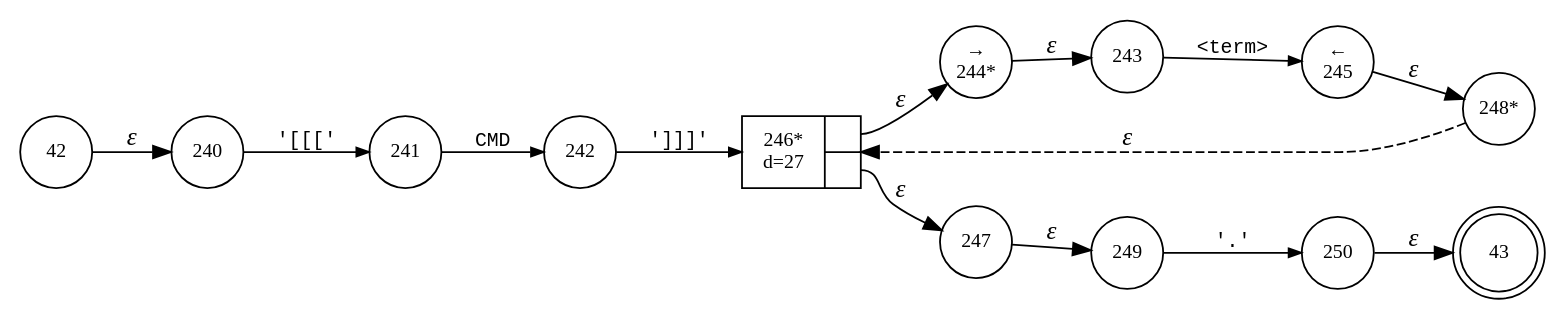
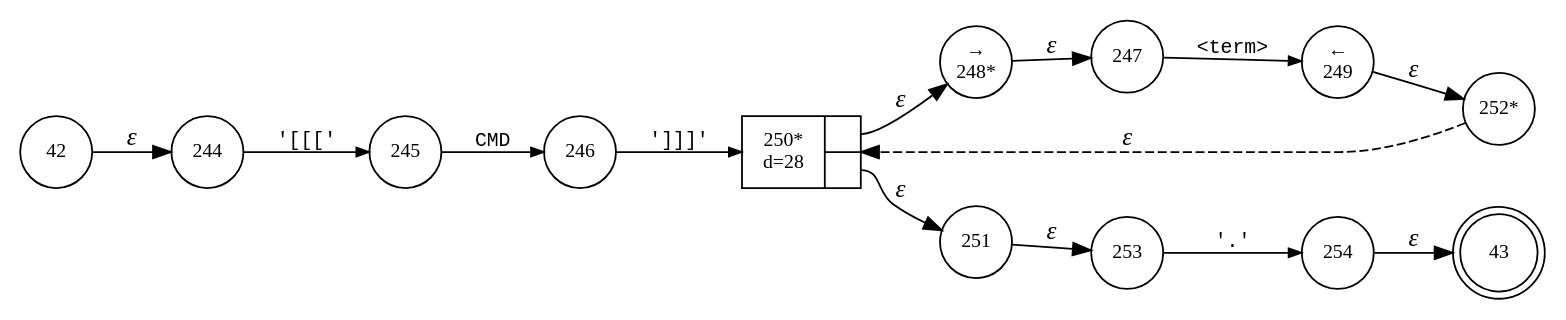
Before and after one commit to vulogov/Bund2: the diagram in internal/parser/Bund.generator_term.dot, drawn with Graphviz. The commit also changed 38 other files, not shown here.

```diff
--- a/internal/parser/Bund.generator_term.dot
+++ b/internal/parser/Bund.generator_term.dot
@@ -1,29 +1,29 @@
 digraph ATN {
 rankdir=LR;
 s43[fontsize=11, label="43", shape=doublecircle, fixedsize=true, width=.6];
 s42[fontsize=11,label="42", shape=circle, fixedsize=true, width=.55, peripheries=1];
-s240[fontsize=11,label="240", shape=circle, fixedsize=true, width=.55, peripheries=1];
-s241[fontsize=11,label="241", shape=circle, fixedsize=true, width=.55, peripheries=1];
-s242[fontsize=11,label="242", shape=circle, fixedsize=true, width=.55, peripheries=1];
-s243[fontsize=11,label="243", shape=circle, fixedsize=true, width=.55, peripheries=1];
-s244[fontsize=11,label="&rarr;\n244*", shape=circle, fixedsize=true, width=.55, peripheries=1];
-s245[fontsize=11,label="&larr;\n245", shape=circle, fixedsize=true, width=.55, peripheries=1];
-s246[fontsize=11,label="{246*\nd=27|{<p0>|<p1>}}", shape=record, fixedsize=false, peripheries=1];
+s244[fontsize=11,label="244", shape=circle, fixedsize=true, width=.55, peripheries=1];
+s245[fontsize=11,label="245", shape=circle, fixedsize=true, width=.55, peripheries=1];
+s246[fontsize=11,label="246", shape=circle, fixedsize=true, width=.55, peripheries=1];
 s247[fontsize=11,label="247", shape=circle, fixedsize=true, width=.55, peripheries=1];
-s248[fontsize=11,label="248*", shape=circle, fixedsize=true, width=.55, peripheries=1];
-s249[fontsize=11,label="249", shape=circle, fixedsize=true, width=.55, peripheries=1];
-s250[fontsize=11,label="250", shape=circle, fixedsize=true, width=.55, peripheries=1];
-s42 -> s240 [fontname="Times-Italic", label="&epsilon;"];
-s240 -> s241 [fontsize=11, fontname="Courier", arrowsize=.7, label = "'[[['", arrowhead = normal];
-s241 -> s242 [fontsize=11, fontname="Courier", arrowsize=.7, label = "CMD", arrowhead = normal];
-s242 -> s246 [fontsize=11, fontname="Courier", arrowsize=.7, label = "']]]'", arrowhead = normal];
-s246:p0 -> s244 [fontname="Times-Italic", label="&epsilon;"];
-s246:p1 -> s247 [fontname="Times-Italic", label="&epsilon;"];
-s244 -> s243 [fontname="Times-Italic", label="&epsilon;"];
-s247 -> s249 [fontname="Times-Italic", label="&epsilon;"];
-s243 -> s245 [fontsize=11, fontname="Courier", arrowsize=.7, label = "<term>", arrowhead = normal];
-s249 -> s250 [fontsize=11, fontname="Courier", arrowsize=.7, label = "'.'", arrowhead = normal];
-s245 -> s248 [fontname="Times-Italic", label="&epsilon;"];
-s250 -> s43 [fontname="Times-Italic", label="&epsilon;"];
-s248 -> s246 [fontname="Times-Italic", label="&epsilon;", style="dashed"];
+s248[fontsize=11,label="&rarr;\n248*", shape=circle, fixedsize=true, width=.55, peripheries=1];
+s249[fontsize=11,label="&larr;\n249", shape=circle, fixedsize=true, width=.55, peripheries=1];
+s250[fontsize=11,label="{250*\nd=28|{<p0>|<p1>}}", shape=record, fixedsize=false, peripheries=1];
+s251[fontsize=11,label="251", shape=circle, fixedsize=true, width=.55, peripheries=1];
+s252[fontsize=11,label="252*", shape=circle, fixedsize=true, width=.55, peripheries=1];
+s253[fontsize=11,label="253", shape=circle, fixedsize=true, width=.55, peripheries=1];
+s254[fontsize=11,label="254", shape=circle, fixedsize=true, width=.55, peripheries=1];
+s42 -> s244 [fontname="Times-Italic", label="&epsilon;"];
+s244 -> s245 [fontsize=11, fontname="Courier", arrowsize=.7, label = "'[[['", arrowhead = normal];
+s245 -> s246 [fontsize=11, fontname="Courier", arrowsize=.7, label = "CMD", arrowhead = normal];
+s246 -> s250 [fontsize=11, fontname="Courier", arrowsize=.7, label = "']]]'", arrowhead = normal];
+s250:p0 -> s248 [fontname="Times-Italic", label="&epsilon;"];
+s250:p1 -> s251 [fontname="Times-Italic", label="&epsilon;"];
+s248 -> s247 [fontname="Times-Italic", label="&epsilon;"];
+s251 -> s253 [fontname="Times-Italic", label="&epsilon;"];
+s247 -> s249 [fontsize=11, fontname="Courier", arrowsize=.7, label = "<term>", arrowhead = normal];
+s253 -> s254 [fontsize=11, fontname="Courier", arrowsize=.7, label = "'.'", arrowhead = normal];
+s249 -> s252 [fontname="Times-Italic", label="&epsilon;"];
+s254 -> s43 [fontname="Times-Italic", label="&epsilon;"];
+s252 -> s250 [fontname="Times-Italic", label="&epsilon;", style="dashed"];
 }
```
